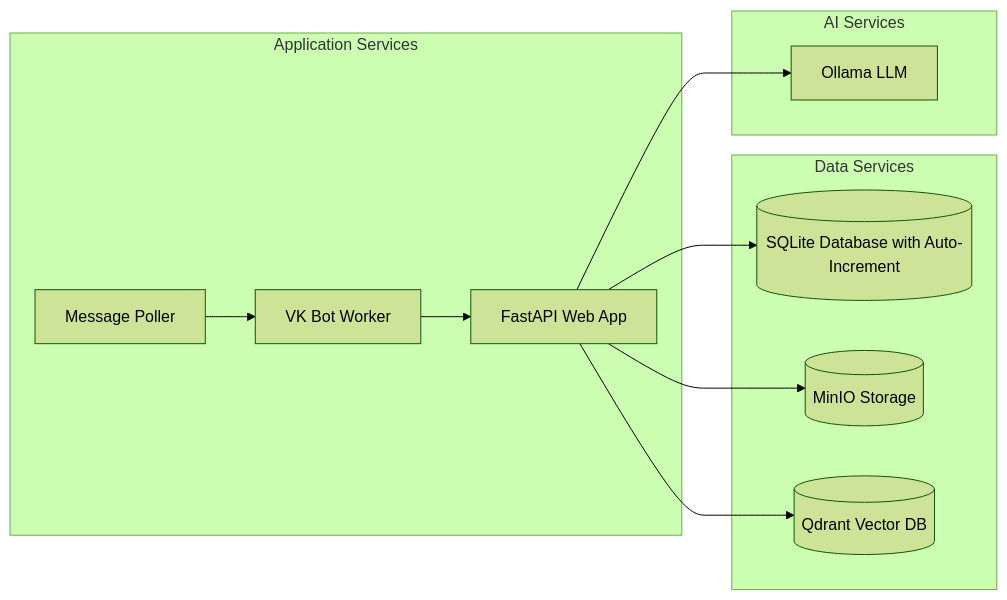
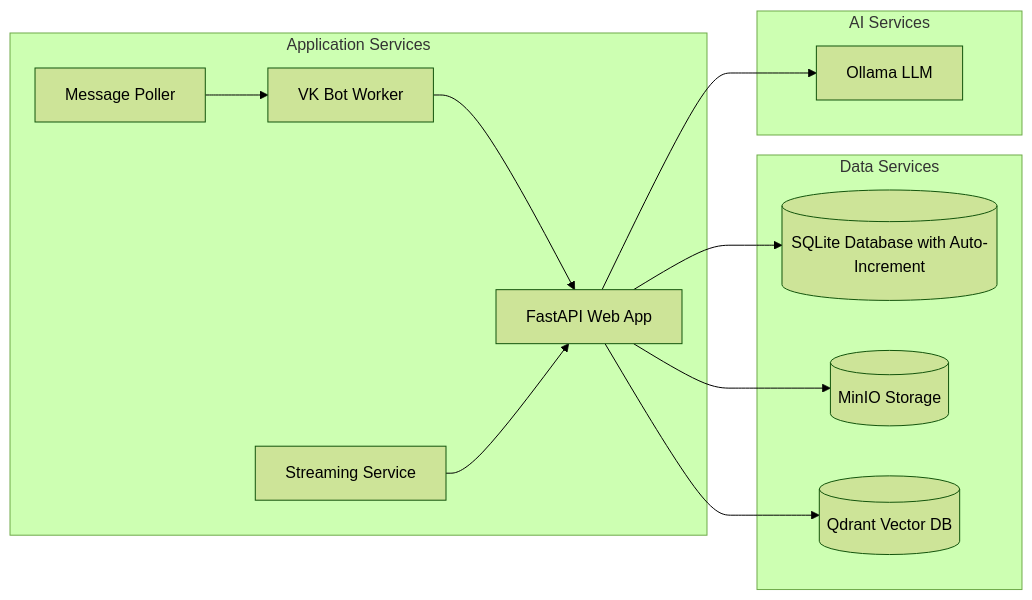
One commit to ognelis/cafetera_hr_bot changed diagram 25 of 25 in .qoder/repowiki/en/content/Document Management System.md. Above: the diagram before and after it, drawn with Mermaid (forest theme). The commit also changed other lines of this file and 5 other files, not shown here.

````diff
--- a/.qoder/repowiki/en/content/Document Management System.md
+++ b/.qoder/repowiki/en/content/Document Management System.md
@@ -1664,22 +1967,24 @@
 ```mermaid
 graph LR
 subgraph "Application Services"
 Web[FastAPI Web App]
 Bot[VK Bot Worker]
 Poller[Message Poller]
+Streaming[Streaming Service]
 end
 subgraph "Data Services"
 DB[(SQLite Database with Auto-Increment)]
 MinIO[(MinIO Storage)]
 Qdrant[(Qdrant Vector DB)]
 end
 subgraph "AI Services"
 Ollama[Ollama LLM]
 end
 Web --> DB
 Web --> MinIO
 Web --> Qdrant
 Bot --> Web
 Poller --> Bot
 Web --> Ollama
+Streaming --> Web
 ```
````
